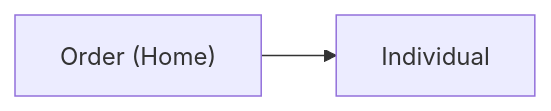
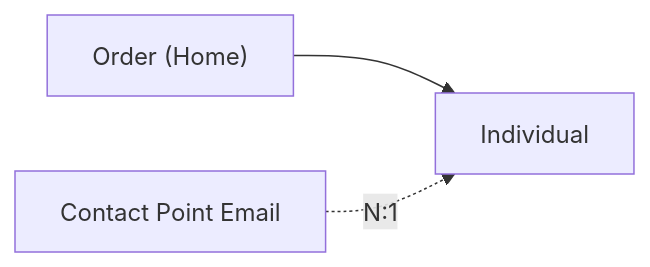
One commit to valentinatihova/data360-autodoc changed the diagram in README.md. Above: the diagram before and after it, drawn with Mermaid. The commit also changed other lines of this file, not shown here.

````diff
--- a/README.md
+++ b/README.md
@@ -86,6 +102,7 @@
 ```mermaid
 graph LR
   Order_Home__dll["Order (Home)"]
   Individual__dmo["Individual"]
   Order_Home__dll --> Individual__dmo
+  ContactPointEmail__dlm["Contact Point Email"] -.->|N:1| Individual__dmo
 ```
````
